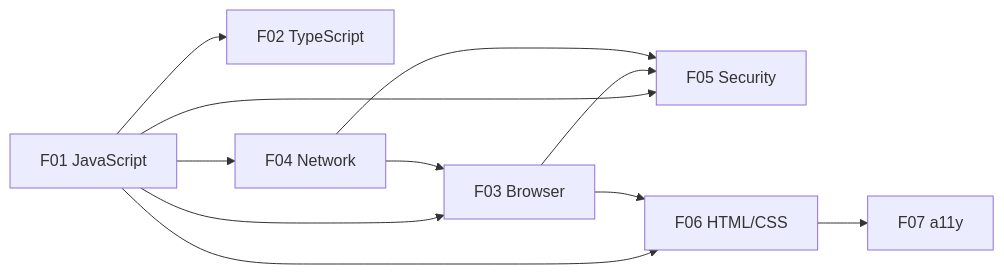
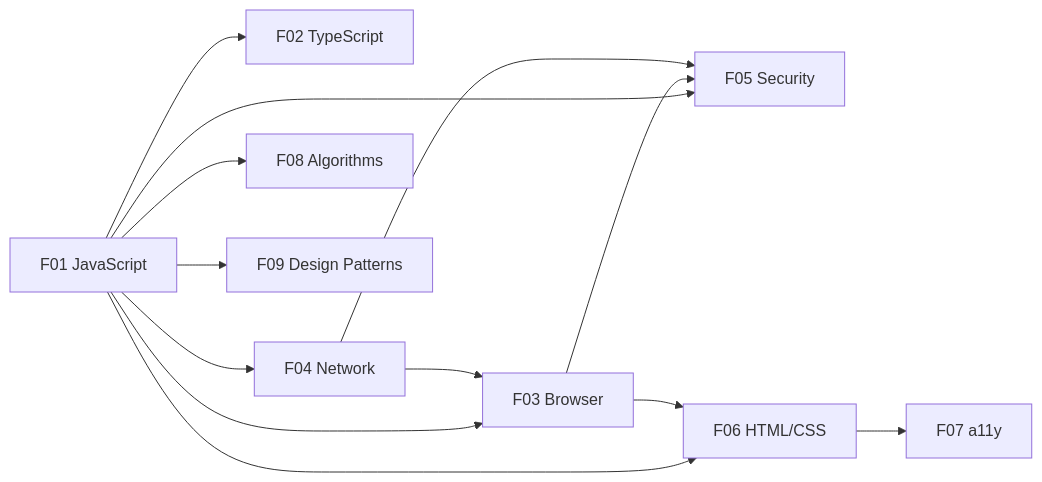
One commit to rendongping/jgs changed the second of 5 diagrams in docs/learning-path/01-knowledge-dependency-map.md. Above: the diagram before and after it, drawn with Mermaid. The commit also changed other lines of this file and 95 other files, not shown here.

````diff
--- a/docs/learning-path/01-knowledge-dependency-map.md
+++ b/docs/learning-path/01-knowledge-dependency-map.md
@@ -36,13 +36,15 @@
 ```mermaid
 graph LR
     F01[F01 JavaScript] --> F02[F02 TypeScript]
     F01 --> F03[F03 Browser]
     F01 --> F04[F04 Network]
     F01 --> F05[F05 Security]
     F01 --> F06[F06 HTML/CSS]
     F06 --> F07[F07 a11y]
+    F01 --> F08[F08 Algorithms]
+    F01 --> F09[F09 Design Patterns]
     F03 --> F05
     F04 --> F05
     F04 --> F03
     F03 --> F06
 ```
````
